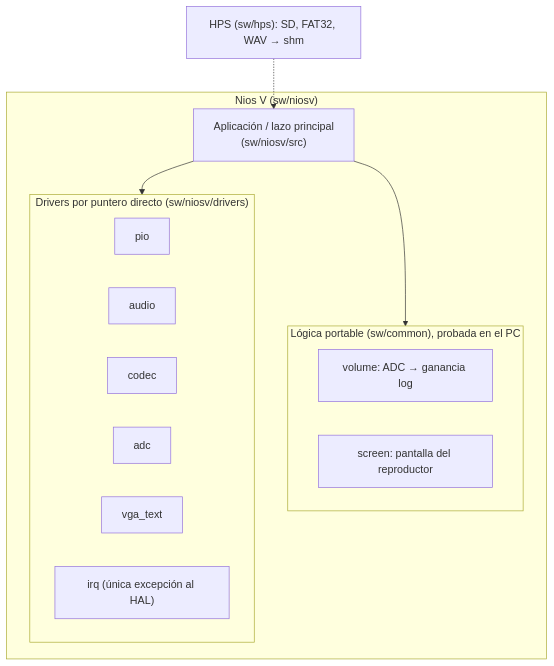
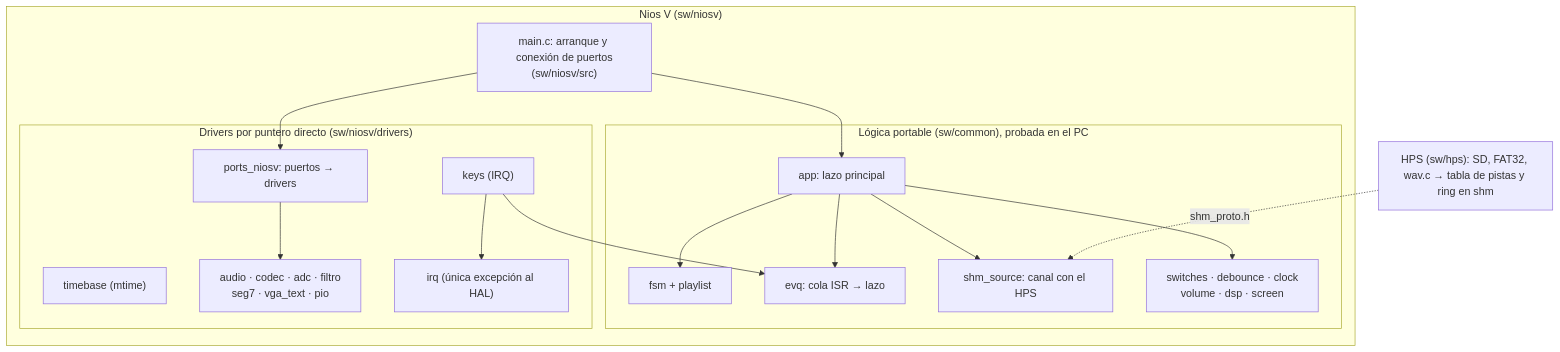
One commit to Randall-BL/EmpotradosProyecto2 changed the second of 2 diagrams in README.md. Above: the diagram before and after it, drawn with Mermaid. The commit also changed other lines of this file and 2 other files, not shown here.

First line of the commit message:
docs: documenta contenedor, controles y pruebas del reproductor

````diff
--- a/README.md
+++ b/README.md
@@ -77,21 +77,30 @@
 ```mermaid
 flowchart TB
   subgraph NIOS["Nios V (sw/niosv)"]
-    APP["Aplicación / lazo principal<br/>(sw/niosv/src)"]
+    MAIN["main.c: arranque y conexión de puertos<br/>(sw/niosv/src)"]
     subgraph COMMON["Lógica portable (sw/common), probada en el PC"]
-      VOL["volume: ADC → ganancia log"]
-      SCR["screen: pantalla del reproductor"]
+      APPL["app: lazo principal"]
+      FSM["fsm + playlist"]
+      EVQ["evq: cola ISR → lazo"]
+      SRC["shm_source: canal con el HPS"]
+      AUX["switches · debounce · clock<br/>volume · dsp · screen"]
+      APPL --> FSM
+      APPL --> EVQ
+      APPL --> SRC
+      APPL --> AUX
     end
     subgraph DRV["Drivers por puntero directo (sw/niosv/drivers)"]
-      DPIO["pio"] 
-      DAUD["audio"]
-      DCOD["codec"]
-      DADC["adc"]
-      DVGA["vga_text"]
+      DPORT["ports_niosv: puertos → drivers"]
+      DKEY["keys (IRQ)"]
+      DTB["timebase (mtime)"]
+      DOTH["audio · codec · adc · filtro<br/>seg7 · vga_text · pio"]
       DIRQ["irq (única excepción al HAL)"]
     end
-    APP --> COMMON
-    APP --> DRV
+    MAIN --> APPL
+    MAIN --> DPORT
+    DPORT --> DOTH
+    DKEY --> EVQ
+    DKEY --> DIRQ
   end
-  HPSAPP["HPS (sw/hps): SD, FAT32, WAV → shm"] -.-> APP
+  HPSAPP["HPS (sw/hps): SD, FAT32, wav.c → tabla de pistas y ring en shm"] -.->|shm_proto.h| SRC
 ```
````
